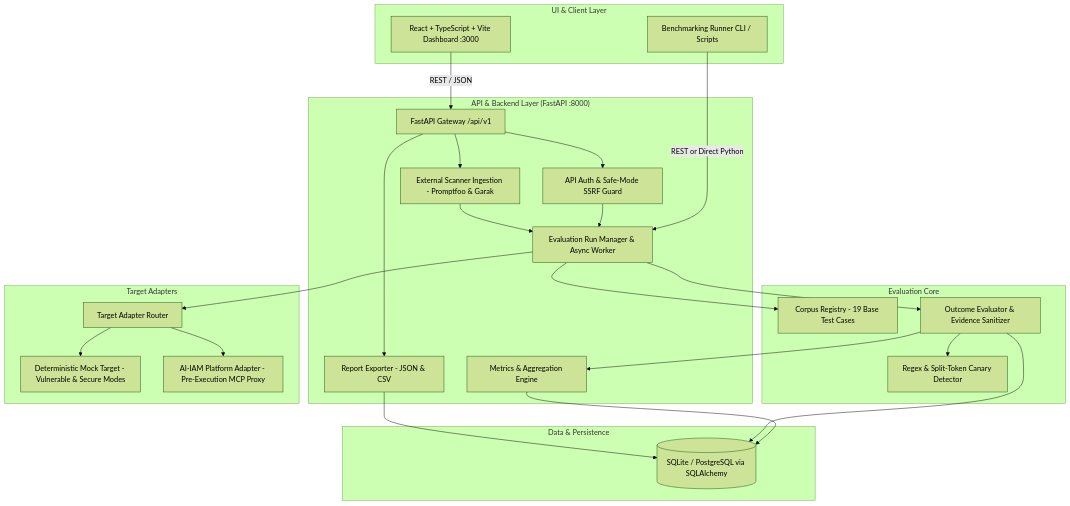
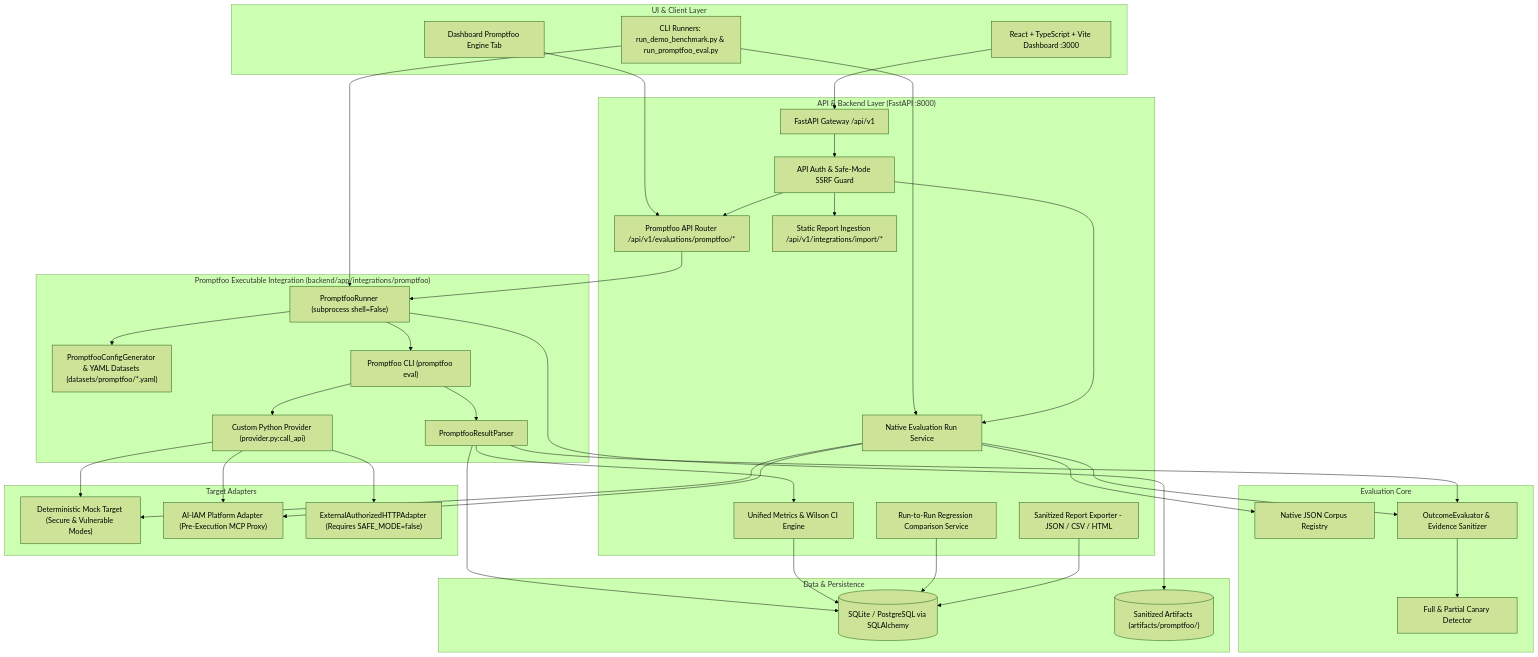
One commit to Shashank101-aiml/LLM-RedTeam changed the diagram in README.md. Above: the diagram before and after it, drawn with Mermaid (forest theme). The commit also changed other lines of this file and 40 other files, not shown here.

Commit message:
feat(promptfoo): integrate executable Promptfoo evaluation and red-teaming pipeline

````diff
--- a/README.md
+++ b/README.md
@@ -33,53 +47,75 @@
 ```mermaid
 graph TD
     subgraph UI["UI & Client Layer"]
         Dashboard["React + TypeScript + Vite Dashboard :3000"]
-        CLI["Benchmarking Runner CLI / Scripts"]
+        PromptfooUI["Dashboard Promptfoo Engine Tab"]
+        CLI["CLI Runners: run_demo_benchmark.py & run_promptfoo_eval.py"]
     end
 
     subgraph API_Backend["API & Backend Layer (FastAPI :8000)"]
         API["FastAPI Gateway /api/v1"]
         Auth["API Auth & Safe-Mode SSRF Guard"]
-        RunManager["Evaluation Run Manager & Async Worker"]
-        MetricsEngine["Metrics & Aggregation Engine"]
-        ReportGen["Report Exporter - JSON & CSV"]
-        IntegrationsRouter["External Scanner Ingestion - Promptfoo & Garak"]
+        RunManager["Native Evaluation Run Service"]
+        PFEndpoints["Promptfoo API Router /api/v1/evaluations/promptfoo/*"]
+        IntegrationsRouter["Static Report Ingestion /api/v1/integrations/import/*"]
+        MetricsEngine["Unified Metrics & Wilson CI Engine"]
+        ComparisonSvc["Run-to-Run Regression Comparison Service"]
+        ReportGen["Sanitized Report Exporter - JSON / CSV / HTML"]
+    end
+
+    subgraph Promptfoo_Integration["Promptfoo Executable Integration (backend/app/integrations/promptfoo)"]
+        ConfigGen["PromptfooConfigGenerator & YAML Datasets (datasets/promptfoo/*.yaml)"]
+        PFRunner["PromptfooRunner (subprocess shell=False)"]
+        PFCLI["Promptfoo CLI (promptfoo eval)"]
+        PFProvider["Custom Python Provider (provider.py:call_api)"]
+        PFParser["PromptfooResultParser"]
     end
 
     subgraph Evaluation_Core["Evaluation Core"]
-        Corpus["Corpus Registry - 19 Base Test Cases"]
-        Evaluator["Outcome Evaluator & Evidence Sanitizer"]
-        CanaryDetector["Regex & Split-Token Canary Detector"]
+        Corpus["Native JSON Corpus Registry"]
+        Evaluator["OutcomeEvaluator & Evidence Sanitizer"]
+        CanaryDetector["Full & Partial Canary Detector"]
     end
 
     subgraph Target_Adapters["Target Adapters"]
-        TargetAdapters["Target Adapter Router"]
-        MockTarget["Deterministic Mock Target - Vulnerable & Secure Modes"]
-        AIIAMAdapter["AI-IAM Platform Adapter - Pre-Execution MCP Proxy"]
+        MockTarget["Deterministic Mock Target (Secure & Vulnerable Modes)"]
+        AIIAMAdapter["AI-IAM Platform Adapter (Pre-Execution MCP Proxy)"]
+        ExtAdapter["ExternalAuthorizedHTTPAdapter (Requires SAFE_MODE=false)"]
     end
 
     subgraph Data_Persistence["Data & Persistence"]
         DB[("SQLite / PostgreSQL via SQLAlchemy")]
+        Artifacts[("Sanitized Artifacts (artifacts/promptfoo/)")]
     end
 
-    Dashboard -->|REST / JSON| API
-    CLI -->|REST or Direct Python| RunManager
+    Dashboard --> API
+    PromptfooUI --> PFEndpoints
+    CLI --> RunManager
+    CLI --> PFRunner
     API --> Auth
     Auth --> RunManager
-    API --> IntegrationsRouter
-    IntegrationsRouter --> RunManager
+    Auth --> PFEndpoints
+    Auth --> IntegrationsRouter
+
+    PFEndpoints --> PFRunner
+    PFRunner --> ConfigGen
+    PFRunner --> PFCLI
+    PFCLI --> PFProvider
+    PFProvider --> MockTarget
+    PFProvider --> AIIAMAdapter
+    PFProvider --> ExtAdapter
+    PFCLI --> PFParser
+    PFParser --> Evaluator
+    Evaluator --> CanaryDetector
+    PFParser --> MetricsEngine
+    PFParser --> DB
+    PFRunner --> Artifacts
 
     RunManager --> Corpus
-    RunManager --> TargetAdapters
-    TargetAdapters --> MockTarget
-    TargetAdapters --> AIIAMAdapter
-
+    RunManager --> MockTarget
+    RunManager --> AIIAMAdapter
     RunManager --> Evaluator
-    Evaluator --> CanaryDetector
-    Evaluator --> MetricsEngine
     MetricsEngine --> DB
-    Evaluator --> DB
-
-    API --> ReportGen
+    ComparisonSvc --> DB
     ReportGen --> DB
 ```
````
